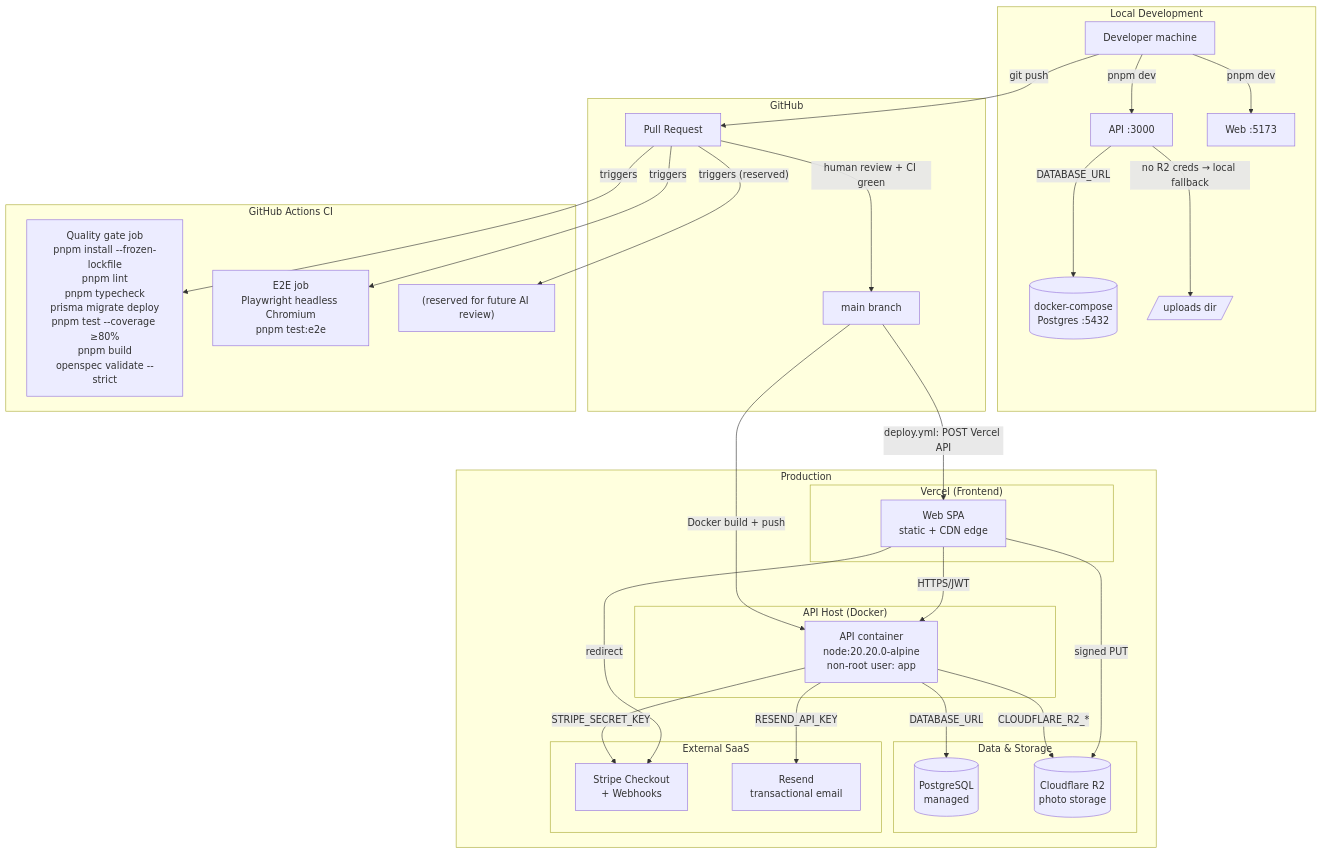
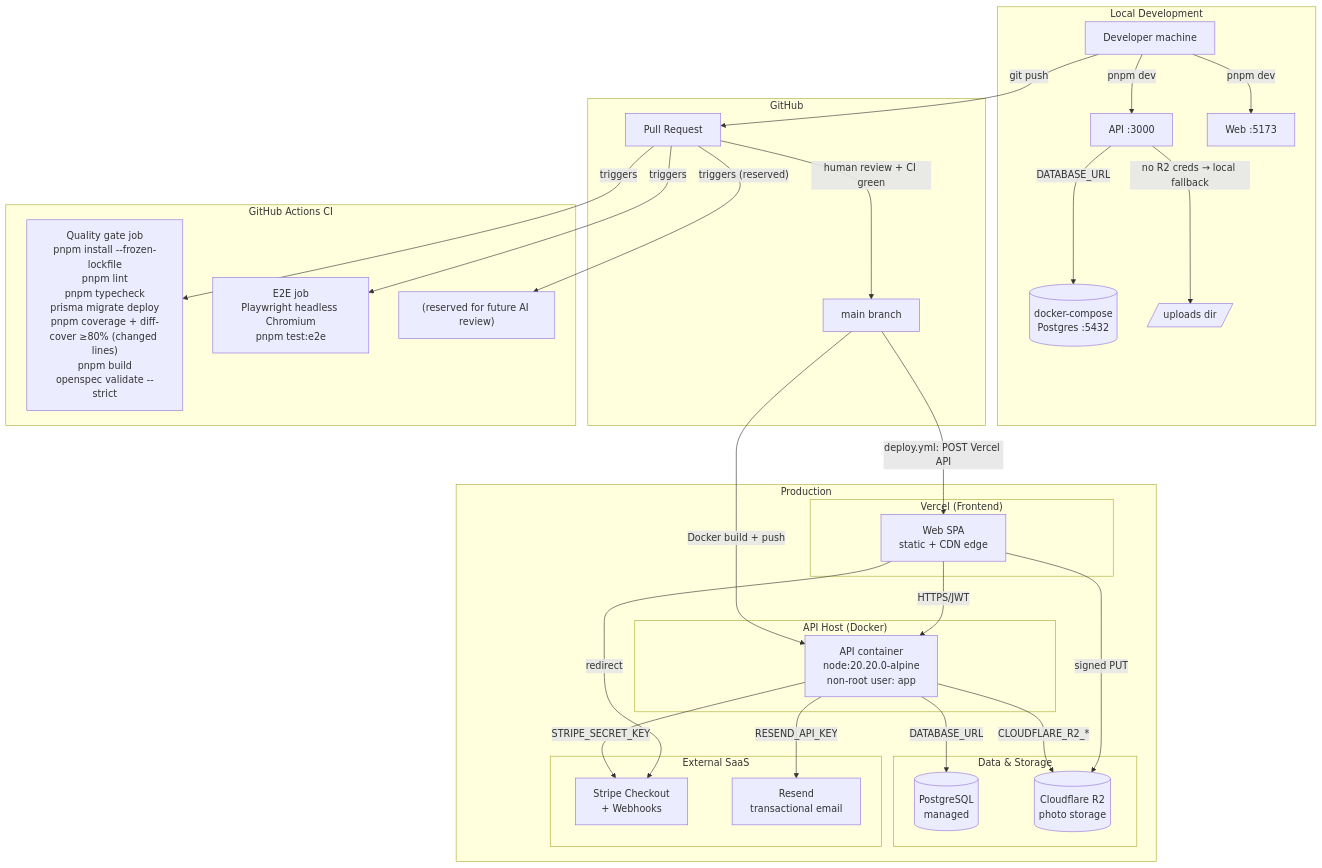
The second of 3 diagrams in README.md (luchosr/NomadHome), drawn with Mermaid before and after one commit. The commit also changed other lines of this file and 1 other file, not shown here.

First line of the commit message:
docs: align coverage-gate wording with the real CI mechanism (NH-94)

````diff
--- a/README.md
+++ b/README.md
@@ -332,54 +332,54 @@
 ```mermaid
 flowchart TD
     subgraph dev["Local Development"]
         D[Developer machine]
         DC[(docker-compose\nPostgres :5432)]
         D -- pnpm dev --> API_DEV[API :3000]
         D -- pnpm dev --> WEB_DEV[Web :5173]
         API_DEV -- DATABASE_URL --> DC
         API_DEV -- no R2 creds → local fallback --> UPLOADS[/uploads dir/]
     end
 
     subgraph gh["GitHub"]
         PR[Pull Request]
         MAIN[main branch]
     end
 
     subgraph ci["GitHub Actions CI"]
-        GATE["Quality gate job\npnpm install --frozen-lockfile\npnpm lint\npnpm typecheck\nprisma migrate deploy\npnpm test --coverage ≥80%\npnpm build\nopenspec validate --strict"]
+        GATE["Quality gate job\npnpm install --frozen-lockfile\npnpm lint\npnpm typecheck\nprisma migrate deploy\npnpm coverage + diff-cover ≥80% (changed lines)\npnpm build\nopenspec validate --strict"]
         E2E["E2E job\nPlaywright headless Chromium\npnpm test:e2e"]
         GEMINI["(reserved for future AI review)"]
     end
 
     subgraph prod["Production"]
         subgraph vercel["Vercel (Frontend)"]
             WEB_PROD[Web SPA\nstatic + CDN edge]
         end
         subgraph api_host["API Host (Docker)"]
             API_PROD[API container\nnode:20.20.0-alpine\nnon-root user: app]
         end
         subgraph data["Data & Storage"]
             PG[(PostgreSQL\nmanaged)]
             R2[(Cloudflare R2\nphoto storage)]
         end
         subgraph ext["External SaaS"]
             STRIPE[Stripe Checkout\n+ Webhooks]
             RESEND[Resend\ntransactional email]
         end
     end
 
     D -- git push --> PR
     PR -- triggers --> GATE
     PR -- triggers --> E2E
     PR -- triggers (reserved) --> GEMINI
     PR -- human review + CI green --> MAIN
     MAIN -- deploy.yml: POST Vercel API --> WEB_PROD
     MAIN -- Docker build + push --> API_PROD
     API_PROD -- DATABASE_URL --> PG
     API_PROD -- CLOUDFLARE_R2_* --> R2
     API_PROD -- STRIPE_SECRET_KEY --> STRIPE
     API_PROD -- RESEND_API_KEY --> RESEND
     WEB_PROD -- HTTPS/JWT --> API_PROD
     WEB_PROD -- signed PUT --> R2
     WEB_PROD -- redirect --> STRIPE
 ```
````
